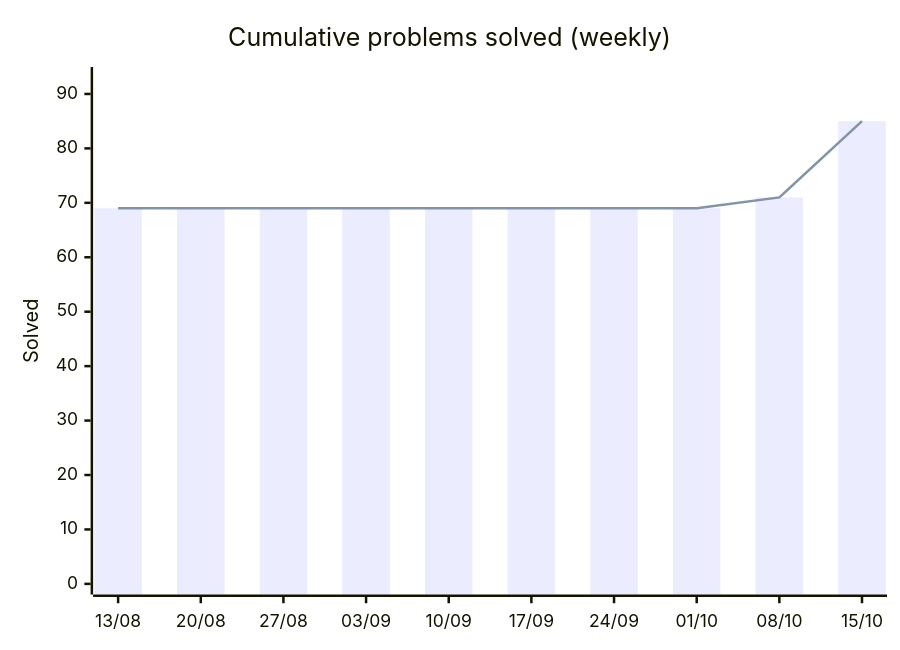
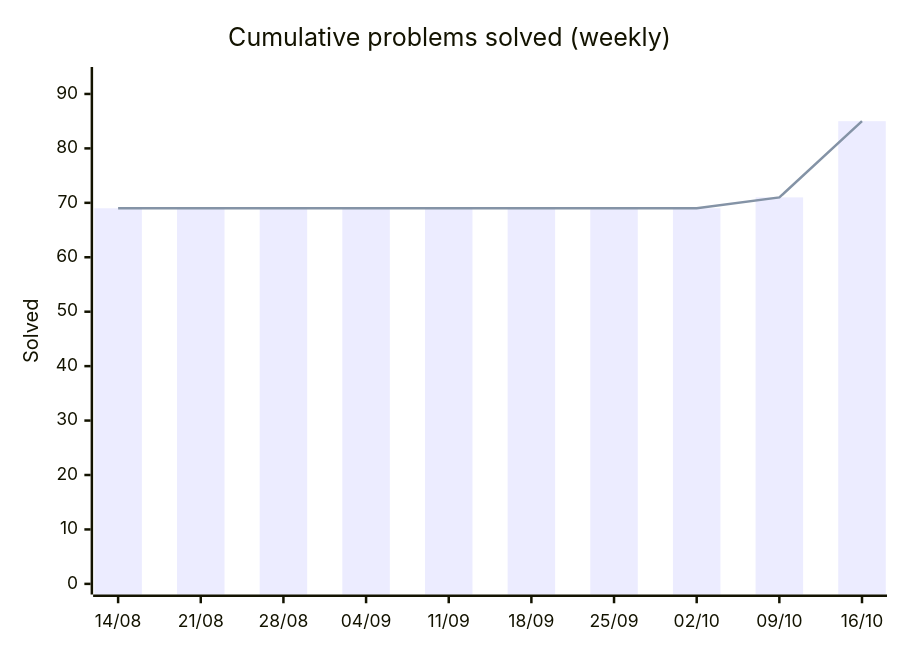
Before and after one commit to HarryTrn/TensorTonic-Solutions: the first of 2 diagrams in README.md, drawn with Mermaid. The commit also changed other lines of this file, not shown here.

````diff
--- a/README.md
+++ b/README.md
@@ -65,8 +65,8 @@
 ```mermaid
 xychart-beta
     title "Cumulative problems solved (weekly)"
-    x-axis ["13/08", "20/08", "27/08", "03/09", "10/09", "17/09", "24/09", "01/10", "08/10", "15/10"]
+    x-axis ["14/08", "21/08", "28/08", "04/09", "11/09", "18/09", "25/09", "02/10", "09/10", "16/10"]
     y-axis "Solved" 0 --> 93
     bar [69, 69, 69, 69, 69, 69, 69, 69, 71, 85]
     line [69, 69, 69, 69, 69, 69, 69, 69, 71, 85]
 ```
````
